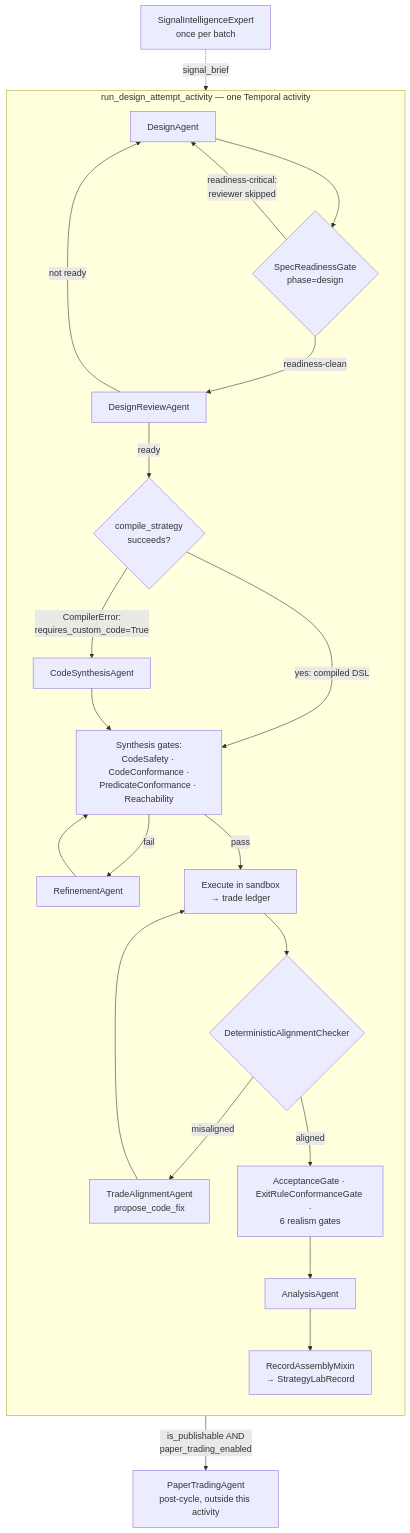
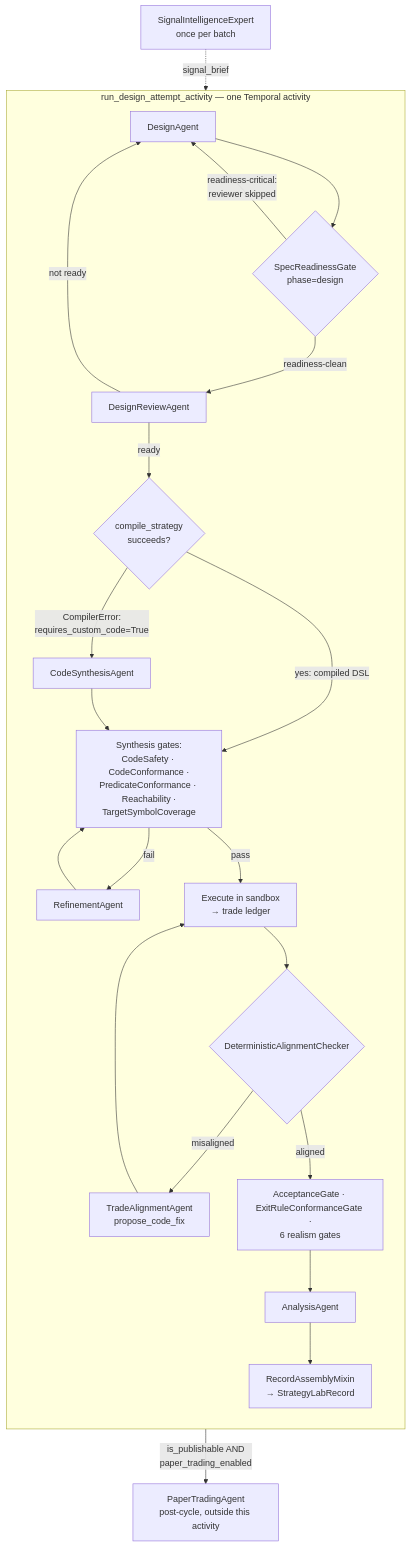
The diagram in backend/agents/investment_team/system_design/generation_pipeline.md (brandonkindred/Khala-Agentic-AI-Teams), drawn with Mermaid before and after one commit.

Commit message:
docs(investment): add TargetSymbolCoverage to the at-a-glance synthesis node
The synthesis-phase gate list in the "at a glance" flowchart omitted
TargetSymbolCoverageGate, even though the quality-gates catalog table
in the same document already documents its synthesis-phase check_fetch/
check_trades invocation as a critical, run-failing check.

````diff
--- a/backend/agents/investment_team/system_design/generation_pipeline.md
+++ b/backend/agents/investment_team/system_design/generation_pipeline.md
@@ -376,28 +376,28 @@
 ```mermaid
 flowchart TB
     subgraph attempt["run_design_attempt_activity — one Temporal activity"]
         direction TB
         D[DesignAgent] --> RG1{SpecReadinessGate<br/>phase=design}
         RG1 -->|readiness-clean| DR[DesignReviewAgent]
         RG1 -->|readiness-critical:<br/>reviewer skipped| D
         DR -->|ready| CS
         DR -->|not ready| D
         CS{compile_strategy<br/>succeeds?}
         CS -->|yes: compiled DSL| SYN
         CS -->|CompilerError:<br/>requires_custom_code=True| CSA[CodeSynthesisAgent]
         CSA --> SYN
-        SYN[Synthesis gates:<br/>CodeSafety · CodeConformance ·<br/>PredicateConformance · Reachability]
+        SYN[Synthesis gates:<br/>CodeSafety · CodeConformance ·<br/>PredicateConformance · Reachability ·<br/>TargetSymbolCoverage]
         SYN -->|fail| RF[RefinementAgent]
         RF --> SYN
         SYN -->|pass| BT[Execute in sandbox<br/>→ trade ledger]
         BT --> AL{DeterministicAlignmentChecker}
         AL -->|misaligned| TAA[TradeAlignmentAgent<br/>propose_code_fix]
         TAA --> BT
         AL -->|aligned| VER[AcceptanceGate · ExitRuleConformanceGate ·<br/>6 realism gates]
         VER --> AN[AnalysisAgent]
         AN --> REC[RecordAssemblyMixin<br/>→ StrategyLabRecord]
     end
 
     SIE[SignalIntelligenceExpert<br/>once per batch] -.->|signal_brief| D
     REC -->|"is_publishable AND<br/>paper_trading_enabled"| PTA[PaperTradingAgent<br/>post-cycle, outside this activity]
 ```
````
